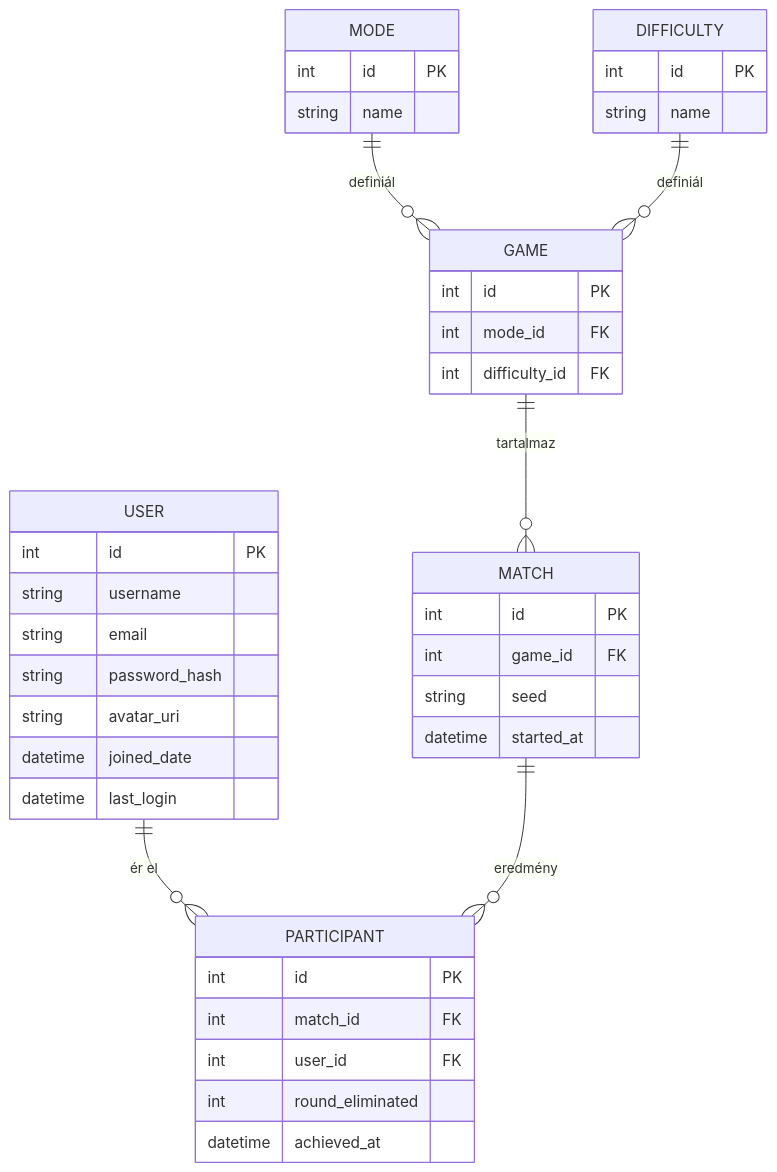
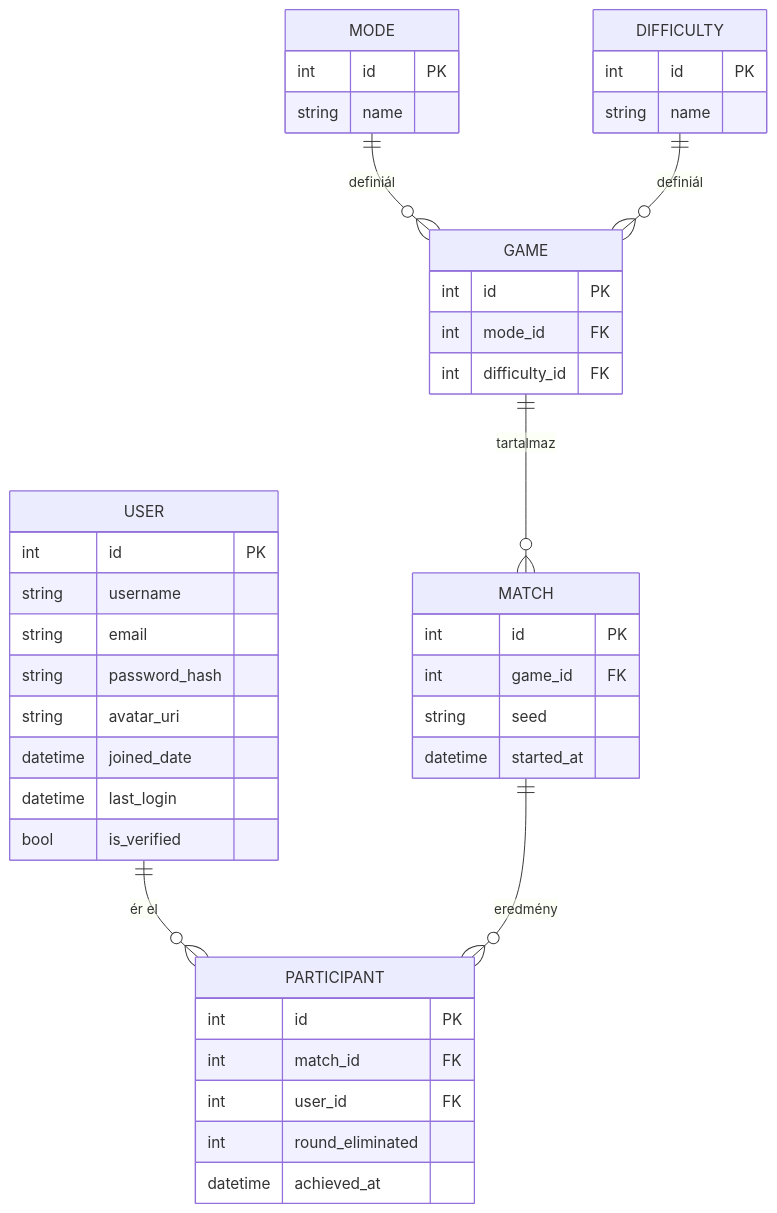
One commit to GitDevla/infinite-simon changed the third of 6 diagrams in docs/system-design.md. Above: the diagram before and after it, drawn with Mermaid. The commit also changed other lines of this file and 2 other files, not shown here.

````diff
--- a/docs/system-design.md
+++ b/docs/system-design.md
@@ -137,44 +137,45 @@
 ```mermaid
 erDiagram
     USER {
         int id PK
         string username
         string email
         string password_hash
         string avatar_uri
         datetime joined_date
         datetime last_login
+        bool is_verified
     }
     MODE {
         int id PK
         string name
     }
     DIFFICULTY {
         int id PK
         string name
     }
     GAME {
         int id PK
         int mode_id FK
         int difficulty_id FK
     }
     MATCH {
         int id PK
         int game_id FK
         string seed
         datetime started_at
     }
     PARTICIPANT {
         int id PK
         int match_id FK
         int user_id FK
         int round_eliminated
         datetime achieved_at
     }
 
     USER ||--o{ PARTICIPANT : "ér el"
     GAME ||--o{ MATCH : "tartalmaz"
     MODE ||--o{ GAME : "definiál"
     DIFFICULTY ||--o{ GAME : "definiál"
     MATCH ||--o{ PARTICIPANT : "eredmény"
 ```
````
